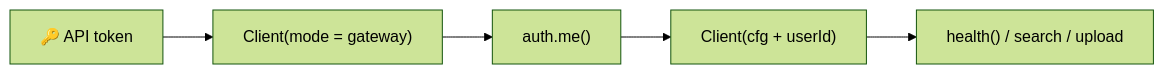
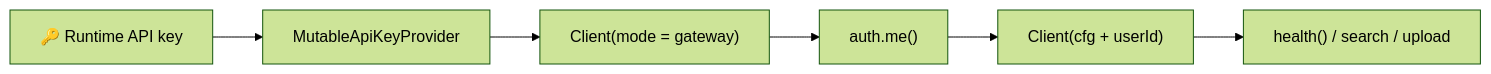
One commit to v-modal/vmodal_sdk_android changed the first of 3 diagrams in README.md. Above: the diagram before and after it, drawn with Mermaid (forest theme). The commit also changed other lines of this file and 14 other files, not shown here.

````diff
--- a/README.md
+++ b/README.md
@@ -167,7 +177,8 @@
 ```mermaid
 flowchart LR
-    A["🔑 API token"] --> B["Client(mode = gateway)"]
-    B --> C["auth.me()"]
-    C --> D["Client(cfg + userId)"]
-    D --> E["health() / search / upload"]
+    A["🔑 Runtime API key"] --> B["MutableApiKeyProvider"]
+    B --> C["Client(mode = gateway)"]
+    C --> D["auth.me()"]
+    D --> E["Client(cfg + userId)"]
+    E --> F["health() / search / upload"]
 ```
````
